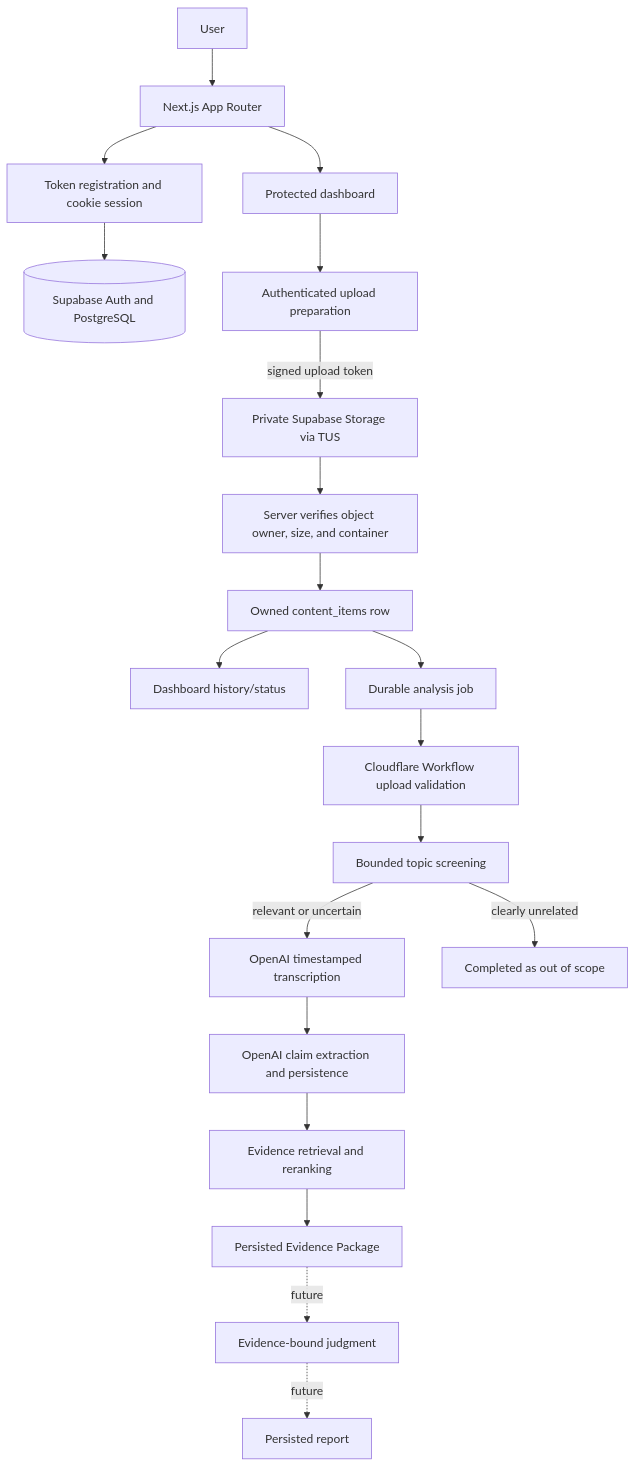
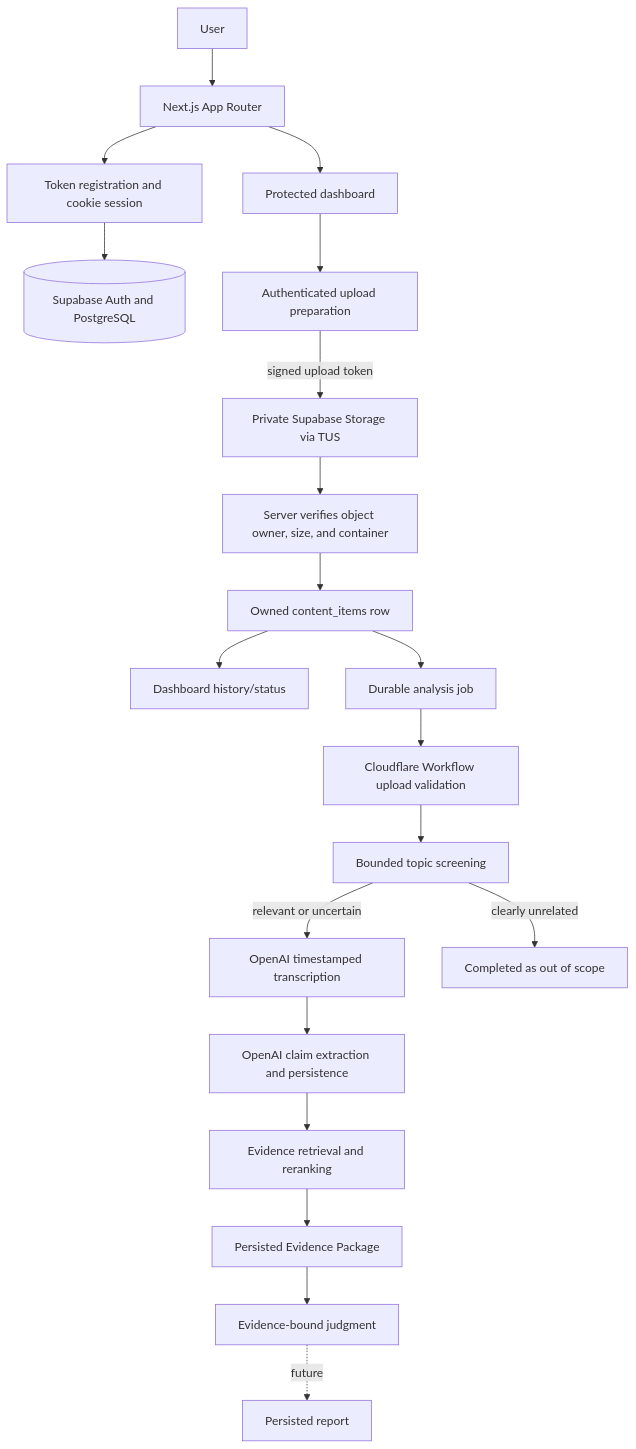
Before and after one commit to Kirbik/psych-factcheck: the diagram in ARCHITECTURE.md, drawn with Mermaid. The commit also changed other lines of this file and 26 other files, not shown here.

````diff
--- a/ARCHITECTURE.md
+++ b/ARCHITECTURE.md
@@ -21,22 +21,22 @@
 ```mermaid
 flowchart TD
   U[User] --> WEB[Next.js App Router]
   WEB --> AUTH[Token registration and cookie session]
   AUTH --> DB[(Supabase Auth and PostgreSQL)]
   WEB --> DASH[Protected dashboard]
   DASH --> UP[Authenticated upload preparation]
   UP -->|signed upload token| STORAGE[Private Supabase Storage via TUS]
   STORAGE --> VERIFY[Server verifies object owner, size, and container]
   VERIFY --> CONTENT[Owned content_items row]
   CONTENT --> HISTORY[Dashboard history/status]
   CONTENT --> JOB[Durable analysis job]
   JOB --> PREP[Cloudflare Workflow upload validation]
   PREP --> SCREEN[Bounded topic screening]
   SCREEN -->|relevant or uncertain| TRANS[OpenAI timestamped transcription]
   SCREEN -->|clearly unrelated| STOP[Completed as out of scope]
   TRANS --> CLAIMS[OpenAI claim extraction and persistence]
   CLAIMS --> RAG[Evidence retrieval and reranking]
   RAG --> PACKAGE[Persisted Evidence Package]
-  PACKAGE -. future .-> JUDGE[Evidence-bound judgment]
+  PACKAGE --> JUDGE[Evidence-bound judgment]
   JUDGE -. future .-> REPORT[Persisted report]
 ```
````
